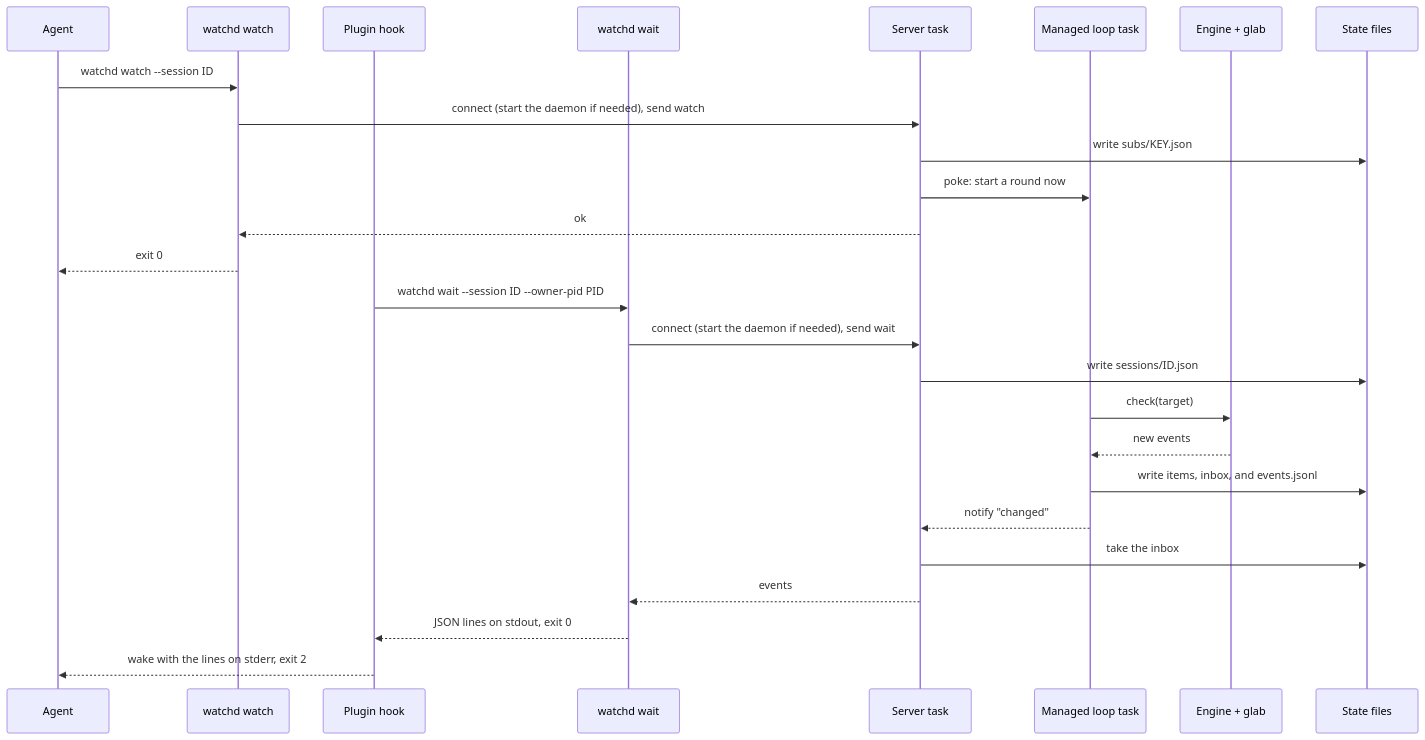
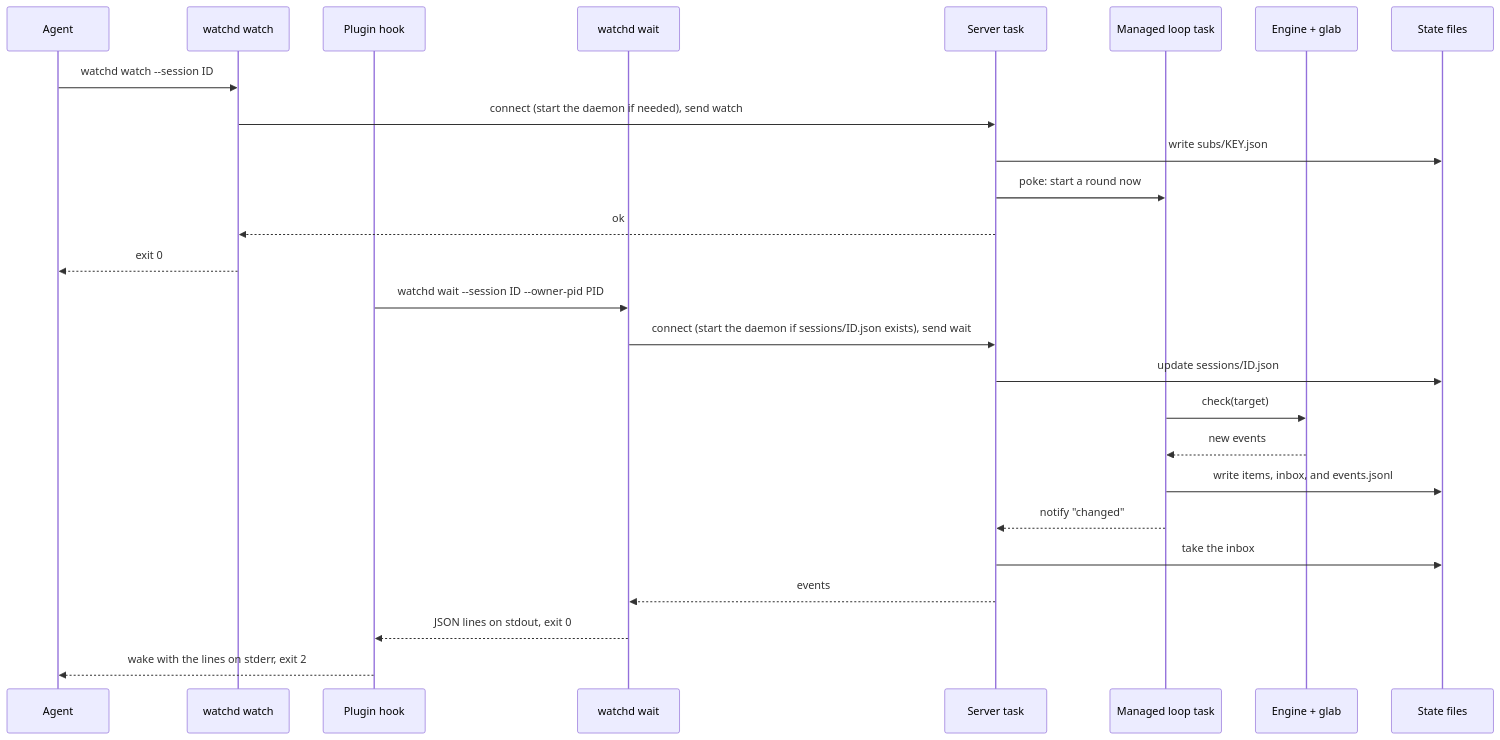
Before and after one commit to AlexKrupa/.dotfiles: the second of 3 diagrams in dot_config/agents/daemon/README.md, drawn with Mermaid. The commit also changed other lines of this file and 3 other files, not shown here.

Commit message:
Start no watchd daemon for a session with no watch

````diff
--- a/dot_config/agents/daemon/README.md
+++ b/dot_config/agents/daemon/README.md
@@ -77,28 +79,28 @@
 ```mermaid
 sequenceDiagram
   participant A as Agent
   participant C as watchd watch
   participant H as Plugin hook
   participant W as watchd wait
   participant S as Server task
   participant R as Managed loop task
   participant E as Engine + glab
   participant F as State files
   A->>C: watchd watch --session ID
   C->>S: connect (start the daemon if needed), send watch
   S->>F: write subs/KEY.json
   S->>R: poke: start a round now
   S-->>C: ok
   C-->>A: exit 0
   H->>W: watchd wait --session ID --owner-pid PID
-  W->>S: connect (start the daemon if needed), send wait
-  S->>F: write sessions/ID.json
+  W->>S: connect (start the daemon if sessions/ID.json exists), send wait
+  S->>F: update sessions/ID.json
   R->>E: check(target)
   E-->>R: new events
   R->>F: write items, inbox, and events.jsonl
   R-->>S: notify "changed"
   S->>F: take the inbox
   S-->>W: events
   W-->>H: JSON lines on stdout, exit 0
   H-->>A: wake with the lines on stderr, exit 2
 ```
````
